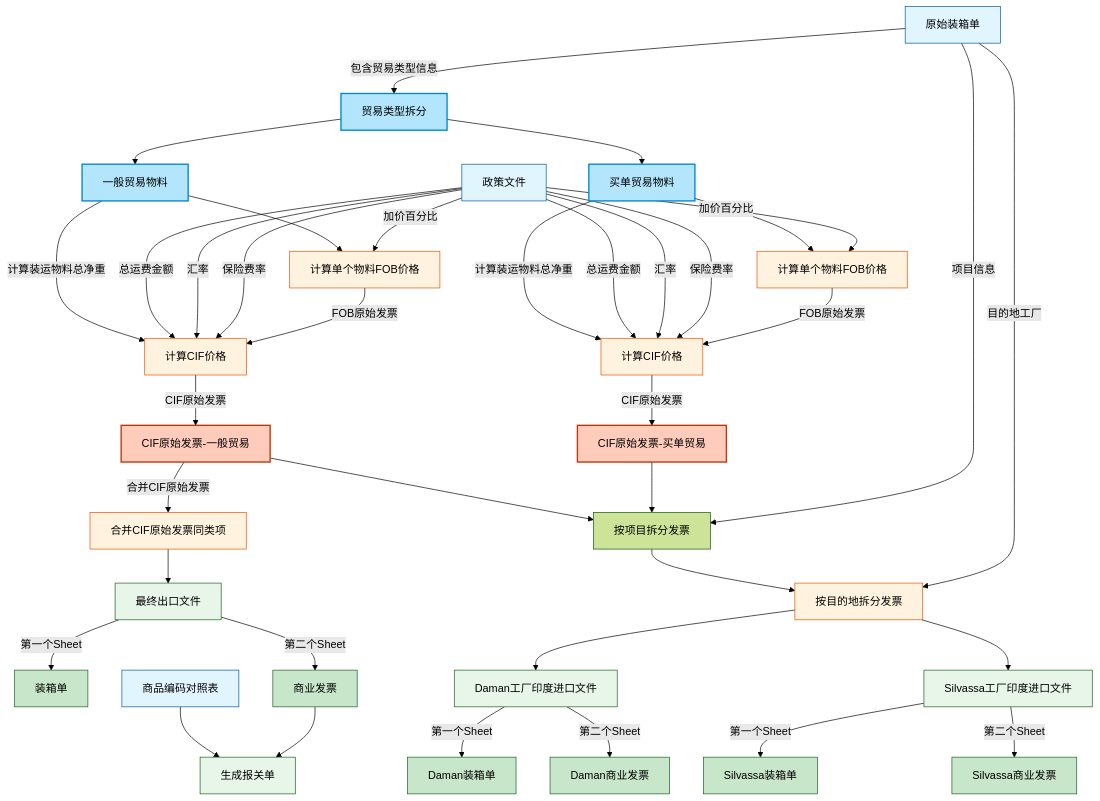
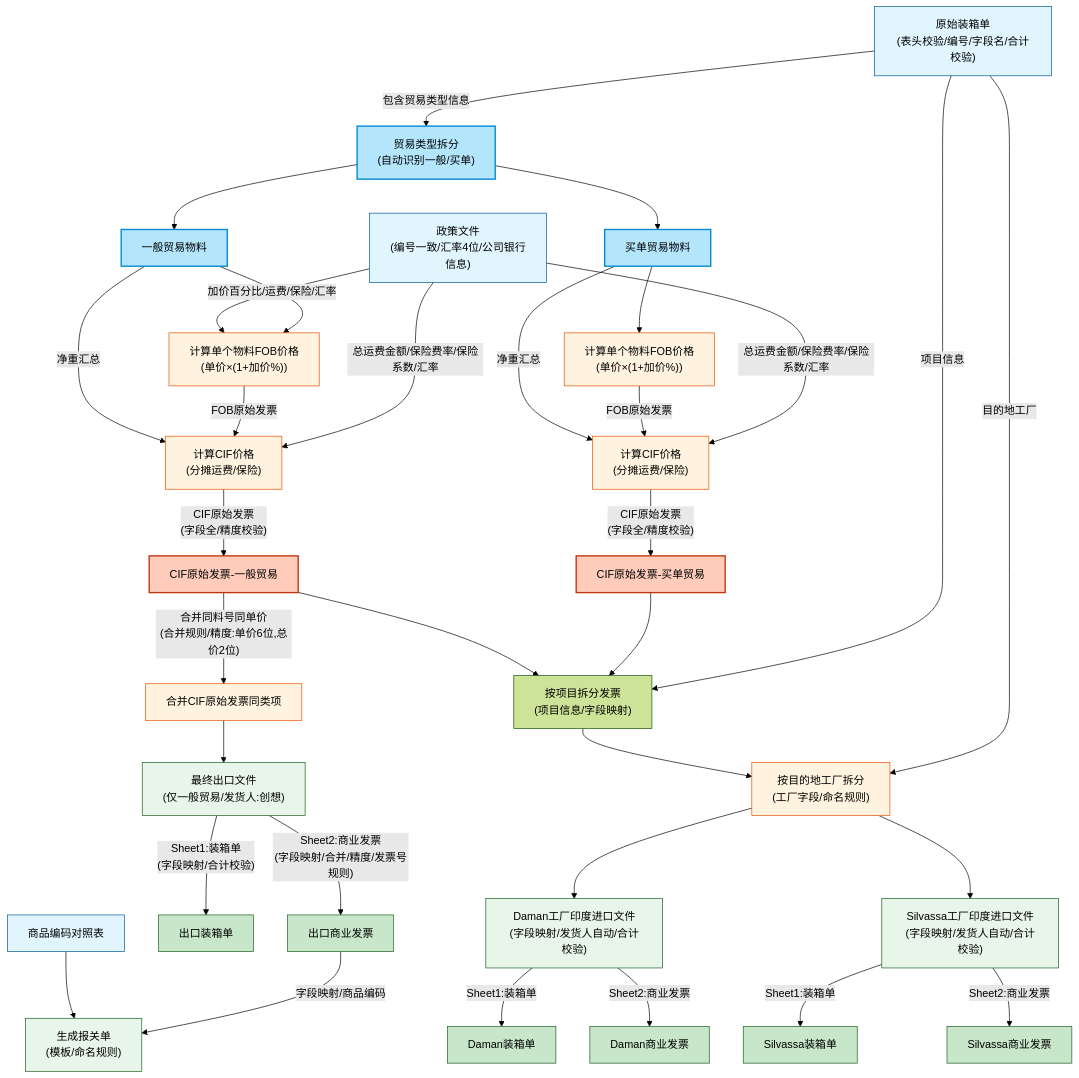
The first of 6 diagrams in WORKFLOW-CN.md (anlaganlag/export_reimport), drawn with Mermaid (forest theme) before and after one commit. The commit also changed other lines of this file and 1 other file, not shown here.

Commit message:
增加验收文档_更新流程图

````diff
--- a/WORKFLOW-CN.md
+++ b/WORKFLOW-CN.md
@@ -21,81 +21,71 @@
 ```mermaid
 graph TD
-    %% 输入文件
-    OPL[原始装箱单] --> |包含贸易类型信息|SPLIT[贸易类型拆分]
-    SPLIT --> GT[一般贸易物料]
-    SPLIT --> BT[买单贸易物料]
+    %% 输入文件及校验
+    OPL["原始装箱单\n(表头校验/编号/字段名/合计校验)"] --> |包含贸易类型信息|SPLIT["贸易类型拆分\n(自动识别一般/买单)"]
+    PF["政策文件\n(编号一致/汇率4位/公司银行信息)"] --> |加价百分比/运费/保险/汇率|CFOB_GT
+    HSC["商品编码对照表"] --> CD["生成报关单\n(字段映射/模板应用)"]
+    
+    SPLIT --> GT["一般贸易物料"]
+    SPLIT --> BT["买单贸易物料"]
     
     %% 一般贸易流程
-    GT --> CFOB_GT[计算单个物料FOB价格]
-    PF[政策文件] --> |加价百分比| CFOB_GT
-    
-    %% FOB到CIF转换 - 一般贸易
-    GT --> |计算装运物料总净重|CCIF_GT[计算CIF价格]
-    PF --> |总运费金额|CCIF_GT
-    PF --> |汇率|CCIF_GT
-    PF --> |保险费率|CCIF_GT
+    GT --> CFOB_GT["计算单个物料FOB价格\n(单价×(1+加价%))"]
+    GT --> |净重汇总|CCIF_GT["计算CIF价格\n(分摊运费/保险)"]
     CFOB_GT --> |FOB原始发票|CCIF_GT
+    PF --> |总运费金额/保险费率/保险系数/汇率| CCIF_GT
     
     %% 生成CIF原始发票 - 一般贸易
-    CCIF_GT --> |CIF原始发票|CIFORG_GT[CIF原始发票-一般贸易]
+    CCIF_GT --> |"CIF原始发票\n(字段全/精度校验)"|CIFORG_GT["CIF原始发票-一般贸易"]
     
     %% CIF到最终发票处理 - 一般贸易
-    CIFORG_GT --> |合并CIF原始发票|MERGE[合并CIF原始发票同类项]
-    MERGE --> EXP[最终出口文件]
+    CIFORG_GT --> |"合并同料号同单价\n(合并规则/精度:单价6位,总价2位)"|MERGE["合并CIF原始发票同类项"]
+    MERGE --> EXP["最终出口文件\n(仅一般贸易/发货人:创想)"]
     
     %% 最终出口文件说明
-    EXP --> |第一个Sheet|PL[装箱单]
-    EXP --> |第二个Sheet|CI[商业发票]
-    
-    %% 商品编码对照表输入和报关单生成
-    HSC[商品编码对照表] --> CD[生成报关单]
-    CI --> CD
+    EXP --> |"Sheet1:装箱单\n(字段映射/合计校验)"|PL["出口装箱单"]
+    EXP --> |"Sheet2:商业发票\n(字段映射/合并/精度/发票号规则)"|CI["出口商业发票"]
+    CI --> |字段映射/商品编码|CD["生成报关单\n(模板/命名规则)"]
     
     %% 买单贸易流程
-    BT --> CFOB_BT[计算单个物料FOB价格]
-    PF --> |加价百分比| CFOB_BT
-    
-    %% FOB到CIF转换 - 买单贸易
-    BT --> |计算装运物料总净重|CCIF_BT[计算CIF价格]
-    PF --> |总运费金额|CCIF_BT
-    PF --> |汇率|CCIF_BT
-    PF --> |保险费率|CCIF_BT
+    BT --> CFOB_BT["计算单个物料FOB价格\n(单价×(1+加价%))"]
+    BT --> |净重汇总|CCIF_BT["计算CIF价格\n(分摊运费/保险)"]
     CFOB_BT --> |FOB原始发票|CCIF_BT
+    PF --> |总运费金额/保险费率/保险系数/汇率| CCIF_BT
     
     %% 生成CIF原始发票 - 买单贸易
-    CCIF_BT --> |CIF原始发票|CIFORG_BT[CIF原始发票-买单贸易]
+    CCIF_BT --> |"CIF原始发票\n(字段全/精度校验)"|CIFORG_BT["CIF原始发票-买单贸易"]
     
     %% 按项目拆分发票 - 两种贸易类型共用
-    CIFORG_GT --> PSI[按项目拆分发票]
+    CIFORG_GT --> PSI["按项目拆分发票\n(项目信息/字段映射)"]
     CIFORG_BT --> PSI
     OPL --> |项目信息|PSI
     
     %% 按目的地拆分发票
-    PSI --> SI[按目的地拆分发票]
+    PSI --> SI["按目的地工厂拆分\n(工厂字段/命名规则)"]
     OPL --> |目的地工厂|SI
     
     %% Daman工厂印度进口发票
-    SI --> RIMP_D[Daman工厂印度进口文件]
-    RIMP_D --> |第一个Sheet|RIMP_DPL[Daman装箱单]
-    RIMP_D --> |第二个Sheet|RIMP_DCI[Daman商业发票]
+    SI --> RIMP_D["Daman工厂印度进口文件\n(字段映射/发货人自动/合计校验)"]
+    RIMP_D --> |Sheet1:装箱单|RIMP_DPL["Daman装箱单"]
+    RIMP_D --> |Sheet2:商业发票|RIMP_DCI["Daman商业发票"]
     
     %% Silvassa工厂印度进口发票
-    SI --> RIMP_S[Silvassa工厂印度进口文件]
-    RIMP_S --> |第一个Sheet|RIMP_SPL[Silvassa装箱单]
-    RIMP_S --> |第二个Sheet|RIMP_SCI[Silvassa商业发票]
+    SI --> RIMP_S["Silvassa工厂印度进口文件\n(字段映射/发货人自动/合计校验)"]
+    RIMP_S --> |Sheet1:装箱单|RIMP_SPL["Silvassa装箱单"]
+    RIMP_S --> |Sheet2:商业发票|RIMP_SCI["Silvassa商业发票"]
 
     %% 样式
     classDef input fill:#e1f5fe,stroke:#01579b
     classDef process fill:#fff3e0,stroke:#e65100
     classDef output fill:#e8f5e9,stroke:#1b5e20
     classDef highlight fill:#ffccbc,stroke:#bf360c,stroke-width:2px
     classDef suboutput fill:#c8e6c9,stroke:#1b5e20
     classDef split fill:#b3e5fc,stroke:#0288d1,stroke-width:2px
     
     class OPL,PF,HSC input
     class CFOB_GT,CCIF_GT,CFOB_BT,CCIF_BT,SI,MERGE process
     class CIFORG_GT,CIFORG_BT highlight
     class EXP,RIMP_D,RIMP_S,CD output
     class PL,CI,RIMP_DPL,RIMP_DCI,RIMP_SPL,RIMP_SCI suboutput
     class SPLIT,GT,BT split
 ```
````
